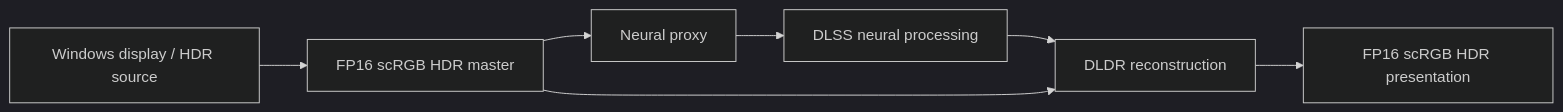
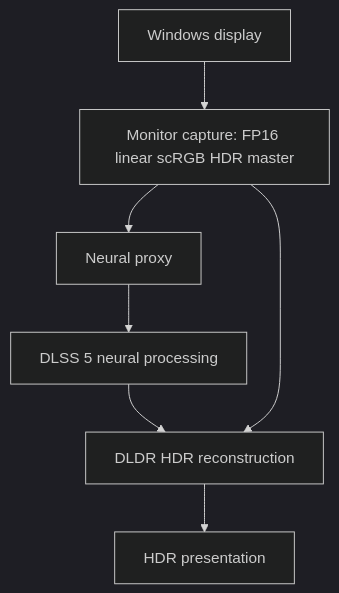
The diagram in README.md (Ka1y0/Project_Nera), drawn with Mermaid (dark theme) before and after one commit. The commit also changed other lines of this file and 9 other files, not shown here.

````diff
--- a/README.md
+++ b/README.md
@@ -30,9 +41,9 @@
 ```mermaid
-flowchart LR
-    A[Windows display / HDR source] --> B[FP16 scRGB HDR master]
+flowchart TD
+    A[Windows display] --> B[Monitor capture: FP16 linear scRGB HDR master]
     B --> C[Neural proxy]
-    C --> D[DLSS neural processing]
-    D --> E[DLDR reconstruction]
+    C --> D[DLSS 5 neural processing]
+    D --> E[DLDR HDR reconstruction]
     B --> E
-    E --> F[FP16 scRGB HDR presentation]
+    E --> F[HDR presentation]
 ```
````
